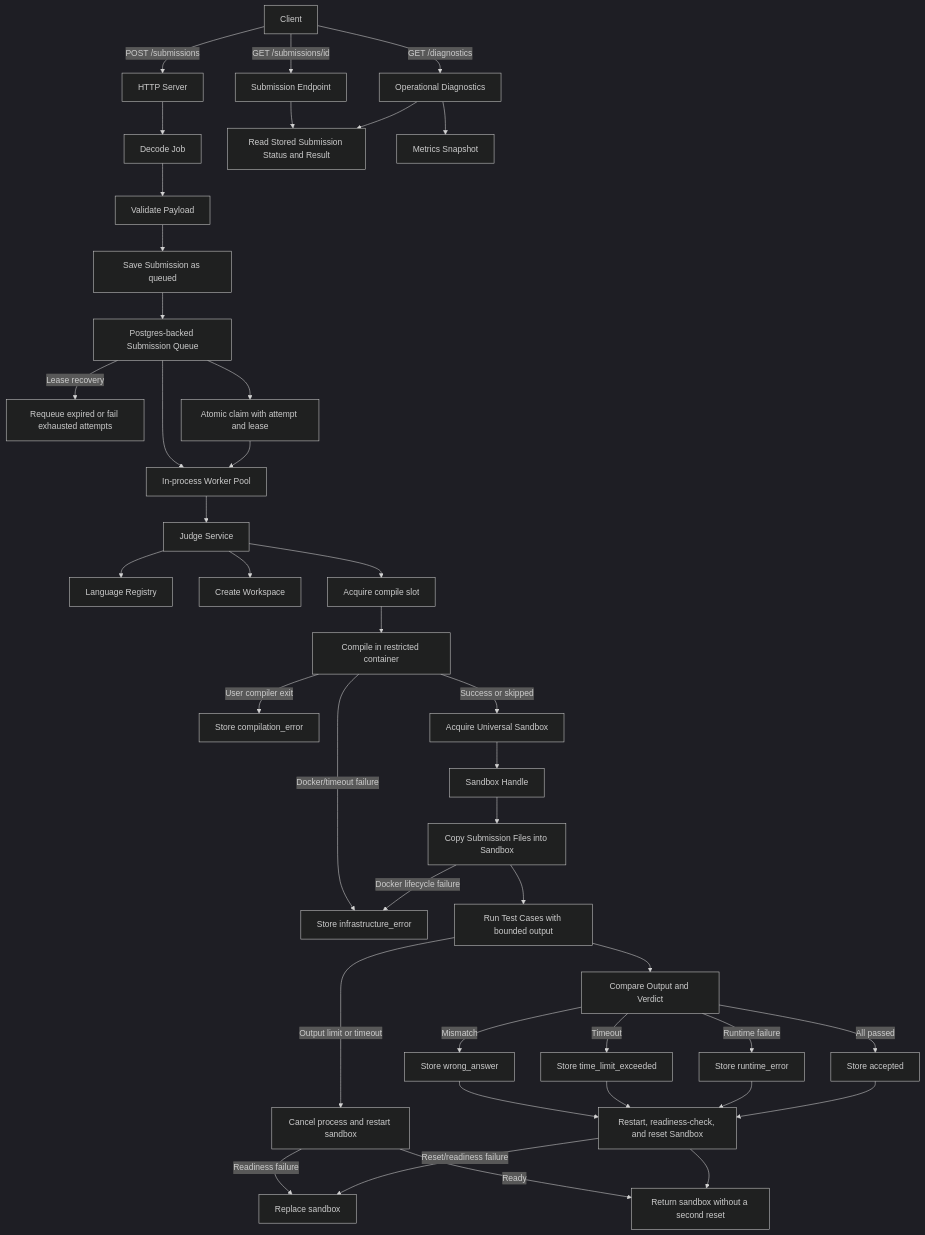
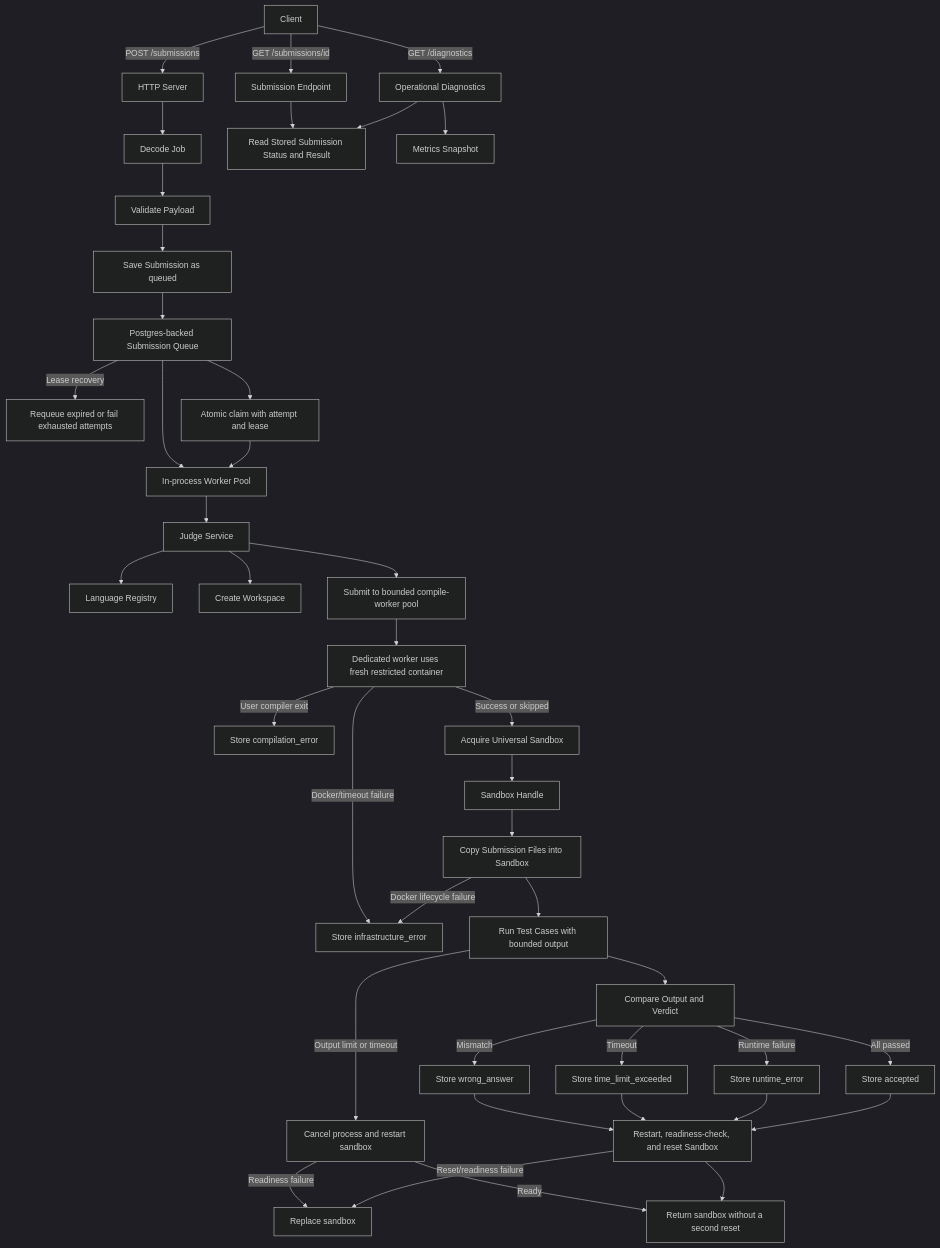
One commit to PixelsBH/YexJudge changed the first of 2 diagrams in architecture.md. Above: the diagram before and after it, drawn with Mermaid (dark theme). The commit also changed other lines of this file and 9 other files, not shown here.

Commit message:
dedicated compiler workers implemented

````diff
--- a/architecture.md
+++ b/architecture.md
@@ -40,43 +40,43 @@
 ```mermaid
 flowchart TD
     Client[Client] -->|POST /submissions| Server[HTTP Server]
     Server --> Decode[Decode Job]
     Decode --> Validate[Validate Payload]
     Validate --> Store[Save Submission as queued]
     Store --> Queue[Postgres-backed Submission Queue]
     Queue --> Worker[In-process Worker Pool]
     Queue -->|Lease recovery| Recovery[Requeue expired or fail exhausted attempts]
     Queue --> Claim[Atomic claim with attempt and lease]
     Claim --> Worker
     Worker --> Service[Judge Service]
     Service --> Registry[Language Registry]
     Service --> Workspace[Create Workspace]
-    Service --> CompileSlots[Acquire compile slot]
-    CompileSlots --> Compile[Compile in restricted container]
+    Service --> CompileWorkers[Submit to bounded compile-worker pool]
+    CompileWorkers --> Compile[Dedicated worker uses fresh restricted container]
     Compile -->|User compiler exit| CE[Store compilation_error]
     Compile -->|Docker/timeout failure| IE[Store infrastructure_error]
     Compile -->|Success or skipped| Acquire[Acquire Universal Sandbox]
     Acquire --> Sandbox[Sandbox Handle]
     Sandbox --> Stage[Copy Submission Files into Sandbox]
     Stage -->|Docker lifecycle failure| IE
     Stage --> Execute[Run Test Cases with bounded output]
     Execute --> Compare[Compare Output and Verdict]
     Compare -->|Mismatch| WA[Store wrong_answer]
     Compare -->|Timeout| TLE[Store time_limit_exceeded]
     Compare -->|Runtime failure| RE[Store runtime_error]
     Compare -->|All passed| AC[Store accepted]
     WA --> Reset
     TLE --> Reset
     RE --> Reset
     Execute -->|Output limit or timeout| Restart[Cancel process and restart sandbox]
     Restart -->|Readiness failure| Replace[Replace sandbox]
     Restart -->|Ready| Release[Return sandbox without a second reset]
     AC --> Reset[Restart, readiness-check, and reset Sandbox]
     Reset -->|Reset/readiness failure| Replace
     Reset --> Release
     Client -->|GET /submissions/id| Fetch[Submission Endpoint]
     Fetch --> StoreLookup[Read Stored Submission Status and Result]
     Client -->|GET /diagnostics| Diagnostics[Operational Diagnostics]
     Diagnostics --> StoreLookup
     Diagnostics --> Metrics[Metrics Snapshot]
 ```
````
